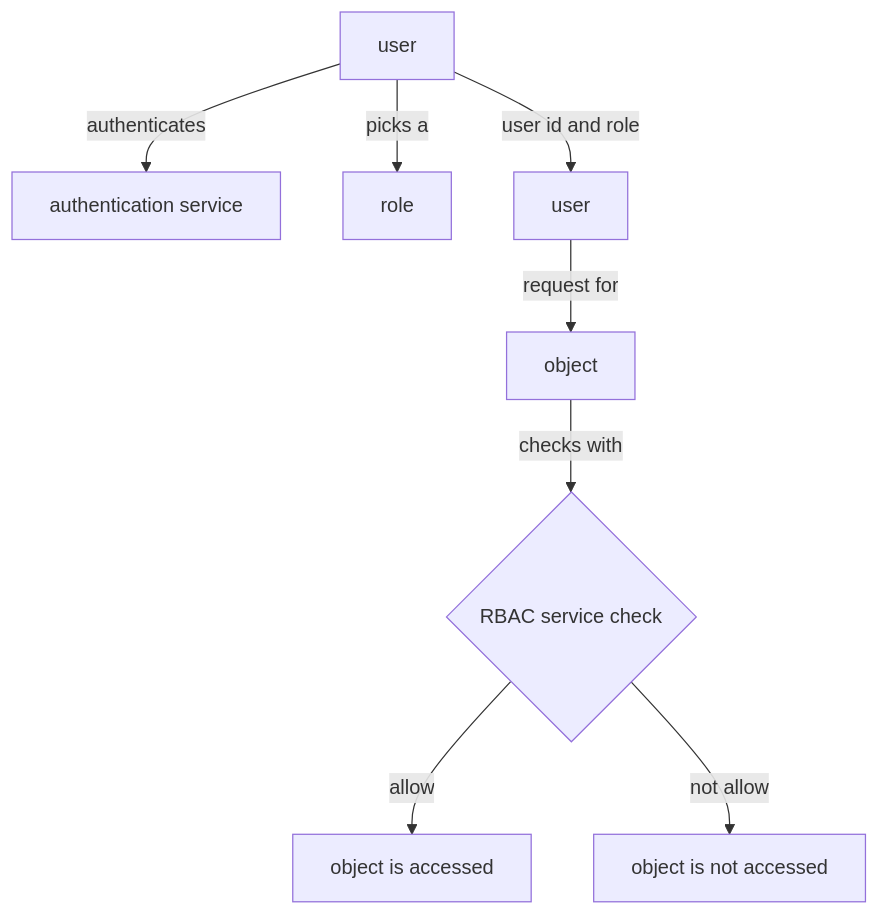
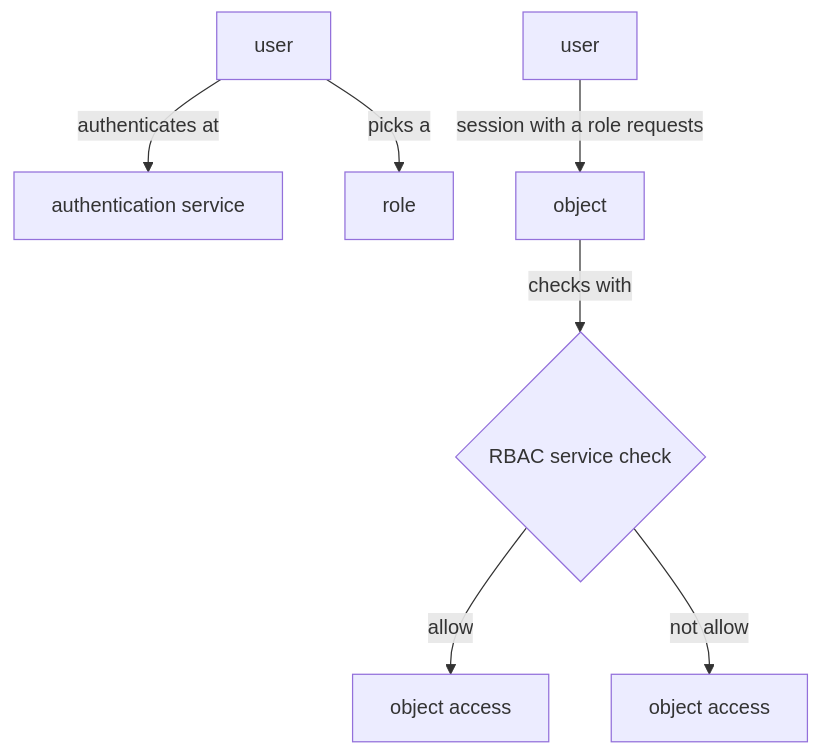
Before and after one commit to milan888-design/rbac: the second of 2 diagrams in README.md, drawn with Mermaid. The commit also changed other lines of this file, not shown here.

````diff
--- a/README.md
+++ b/README.md
@@ -25,10 +22,9 @@
 ```mermaid  
 flowchart TD  
-    A[user] -->|authenticates| B[authentication service]  
+    A[user] -->|authenticates at| B[authentication service]  
     A[user] -->|picks a| C[role]  
-    A[user] -->|user id and role| D[RBAC service]  
-    D[user] -->|request for| E[object]
+    D[user] -->|session with a role requests| E[object]
     E[object] -->|checks with| F{RBAC service check}  
-    F -->|allow| G[object is accessed]  
-    F -->|not allow| H[object is not accessed]  
+    F -->|allow| G[object access]  
+    F -->|not allow| H[object access]  
 ```  
````
